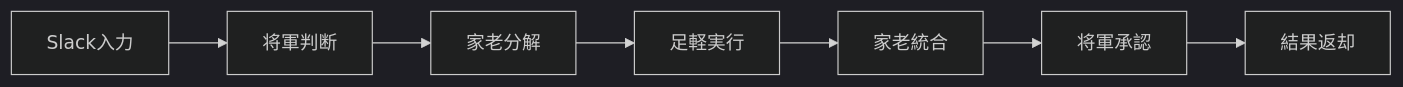
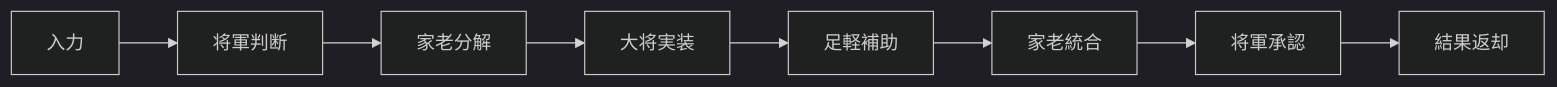
The diagram in README.md (98kuwa036/Bushidan-Multi-Agent), drawn with Mermaid (dark theme) before and after one commit. The commit also changed other lines of this file and 6 other files, not shown here.

First line of the commit message:
Implement Bushidan v9.1 4-tier hybrid architecture

````diff
--- a/README.md
+++ b/README.md
@@ -73,9 +74,10 @@
 ```mermaid
 graph LR
-    A[Slack入力] --> B[将軍判断]
+    A[入力] --> B[将軍判断]
     B --> C[家老分解]
-    C --> D[足軽実行]
-    D --> E[家老統合]
-    E --> F[将軍承認]
-    F --> G[結果返却]
+    C --> D[大将実装]
+    D --> E[足軽補助]
+    E --> F[家老統合]
+    F --> G[将軍承認]
+    G --> H[結果返却]
 ```
````
